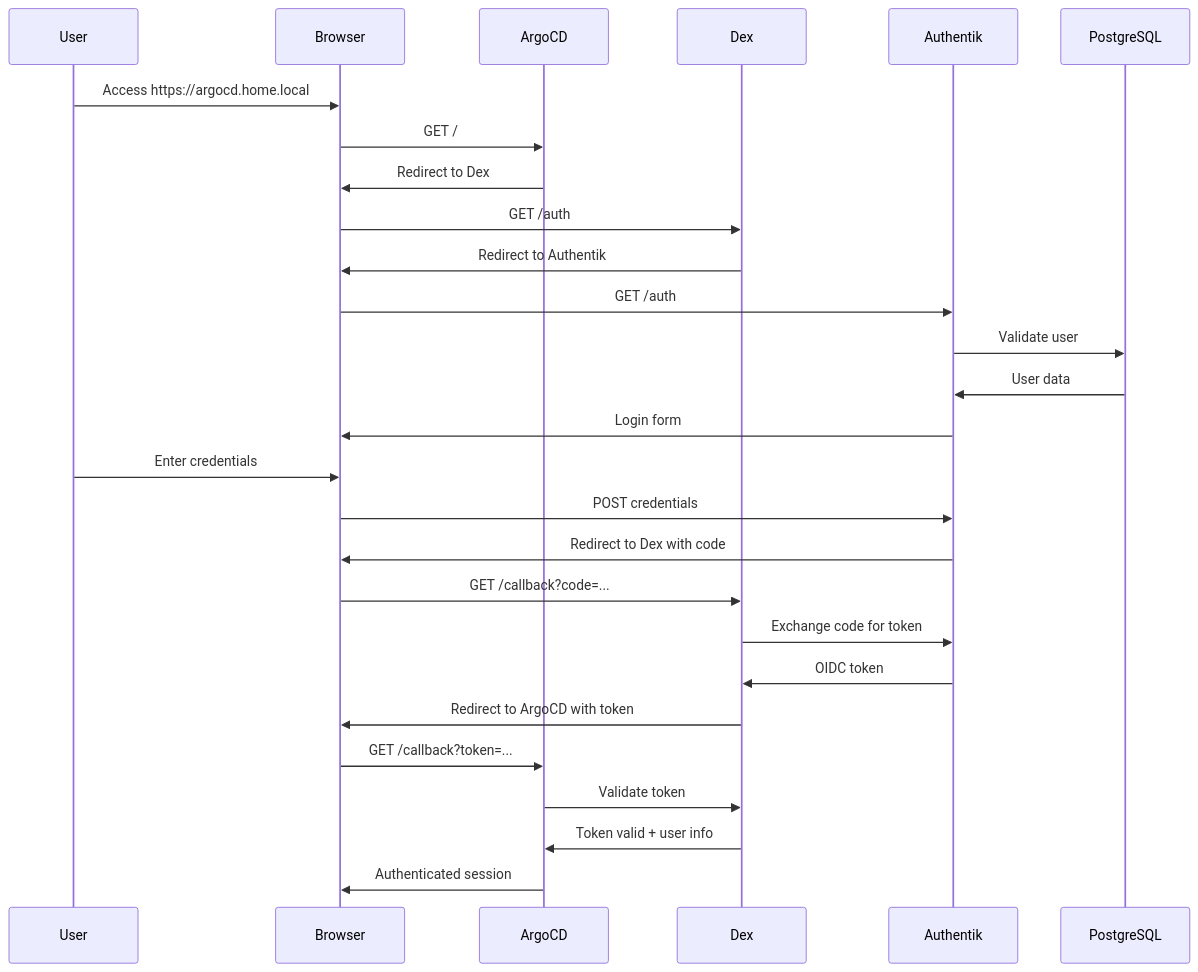
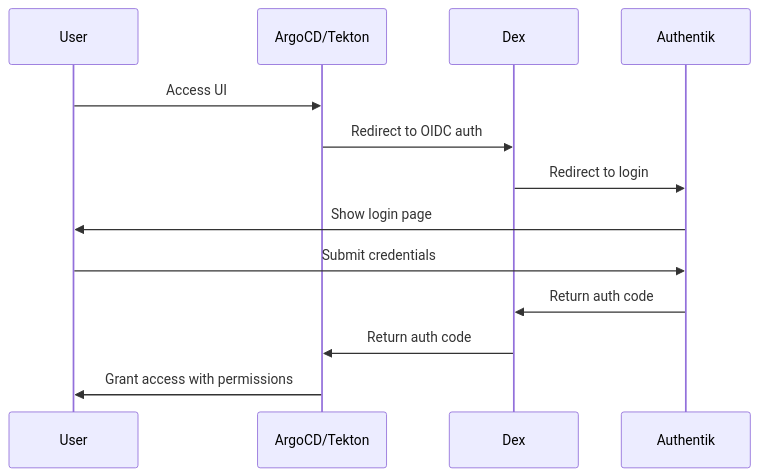
One commit to bdchatham/AphexPlatformInfrastructure changed the fourth of 7 diagrams in .kiro/docs/architecture.md. Above: the diagram before and after it, drawn with Mermaid. The commit also changed other lines of this file and 5 other files, not shown here.

````diff
--- a/.kiro/docs/architecture.md
+++ b/.kiro/docs/architecture.md
@@ -169,30 +189,16 @@
 ```mermaid
 sequenceDiagram
     participant User
-    participant Browser
-    participant ArgoCD
+    participant Service as ArgoCD/Tekton
     participant Dex
     participant Authentik
-    participant PostgreSQL
     
-    User->>Browser: Access https://argocd.home.local
-    Browser->>ArgoCD: GET /
-    ArgoCD->>Browser: Redirect to Dex
-    Browser->>Dex: GET /auth
-    Dex->>Browser: Redirect to Authentik
-    Browser->>Authentik: GET /auth
-    Authentik->>PostgreSQL: Validate user
-    PostgreSQL->>Authentik: User data
-    Authentik->>Browser: Login form
-    User->>Browser: Enter credentials
-    Browser->>Authentik: POST credentials
-    Authentik->>Browser: Redirect to Dex with code
-    Browser->>Dex: GET /callback?code=...
-    Dex->>Authentik: Exchange code for token
-    Authentik->>Dex: OIDC token
-    Dex->>Browser: Redirect to ArgoCD with token
-    Browser->>ArgoCD: GET /callback?token=...
-    ArgoCD->>Dex: Validate token
-    Dex->>ArgoCD: Token valid + user info
-    ArgoCD->>Browser: Authenticated session
+    User->>Service: Access UI
+    Service->>Dex: Redirect to OIDC auth
+    Dex->>Authentik: Redirect to login
+    Authentik->>User: Show login page
+    User->>Authentik: Submit credentials
+    Authentik->>Dex: Return auth code
+    Dex->>Service: Return auth code
+    Service->>User: Grant access with permissions
 ```
````
